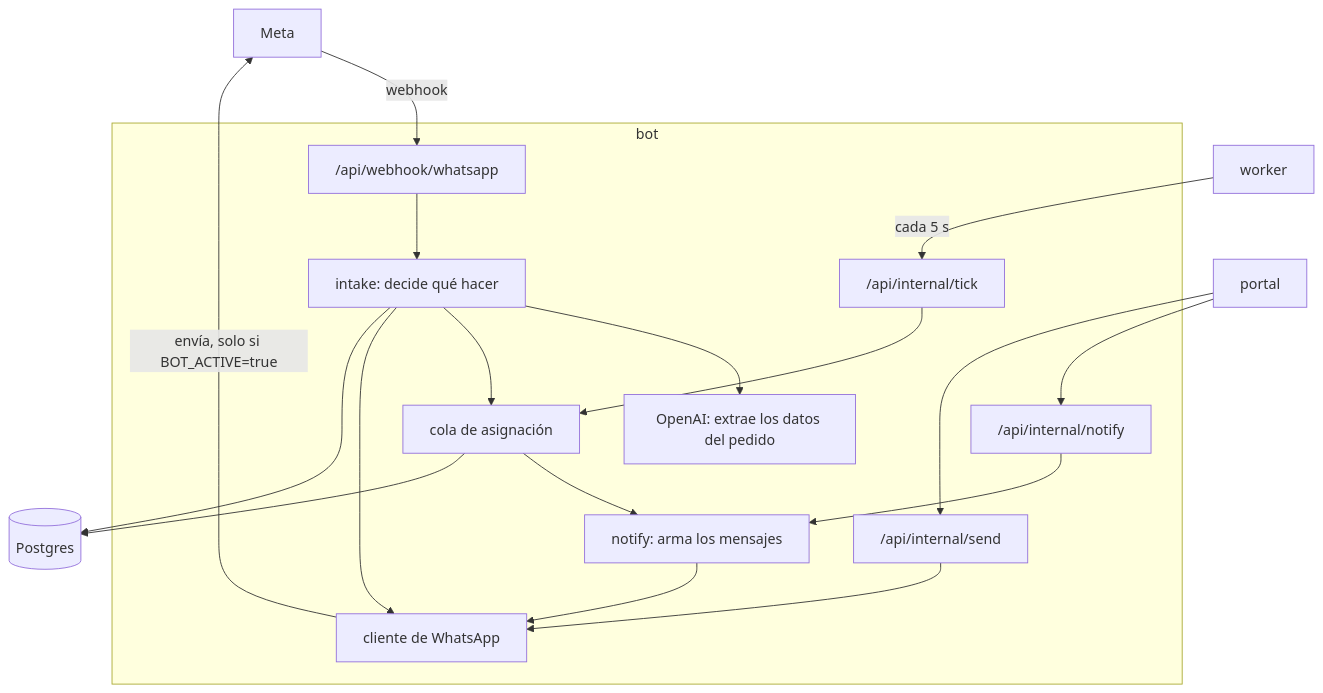
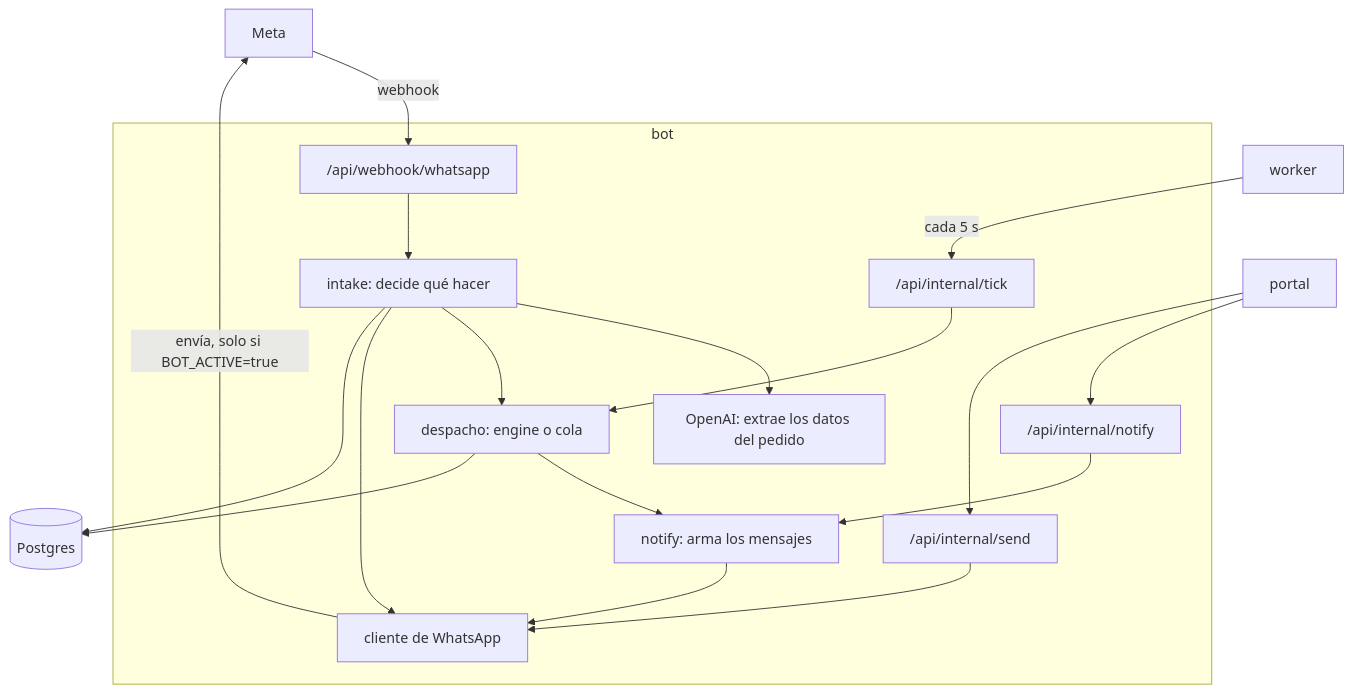
One commit to clapi-labs/clapi-dispatch changed the fourth of 7 diagrams in docs/INFRAESTRUCTURA.md. Above: the diagram before and after it, drawn with Mermaid. The commit also changed other lines of this file and 14 other files, not shown here.

````diff
--- a/docs/INFRAESTRUCTURA.md
+++ b/docs/INFRAESTRUCTURA.md
@@ -171,23 +177,23 @@
 ```mermaid
 flowchart TB
     META[Meta] -- webhook --> W["/api/webhook/whatsapp"]
     WK[worker] -- cada 5 s --> T["/api/internal/tick"]
     PO[portal] --> N["/api/internal/notify"]
     PO --> S["/api/internal/send"]
 
     subgraph BOT[bot]
         W --> IN[intake: decide qué hacer]
         IN --> AI[OpenAI: extrae los datos del pedido]
-        IN --> Q[cola de asignación]
+        IN --> Q[despacho: engine o cola]
         T --> Q
         N --> NT[notify: arma los mensajes]
         Q --> NT
         S --> WA[cliente de WhatsApp]
         NT --> WA
         IN --> WA
     end
 
     IN --> DB[(Postgres)]
     Q --> DB
     WA -- "envía, solo si BOT_ACTIVE=true" --> META
 ```
````
